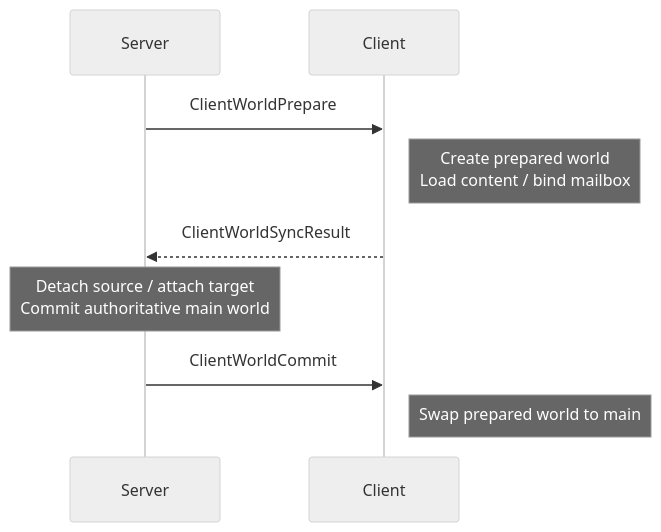
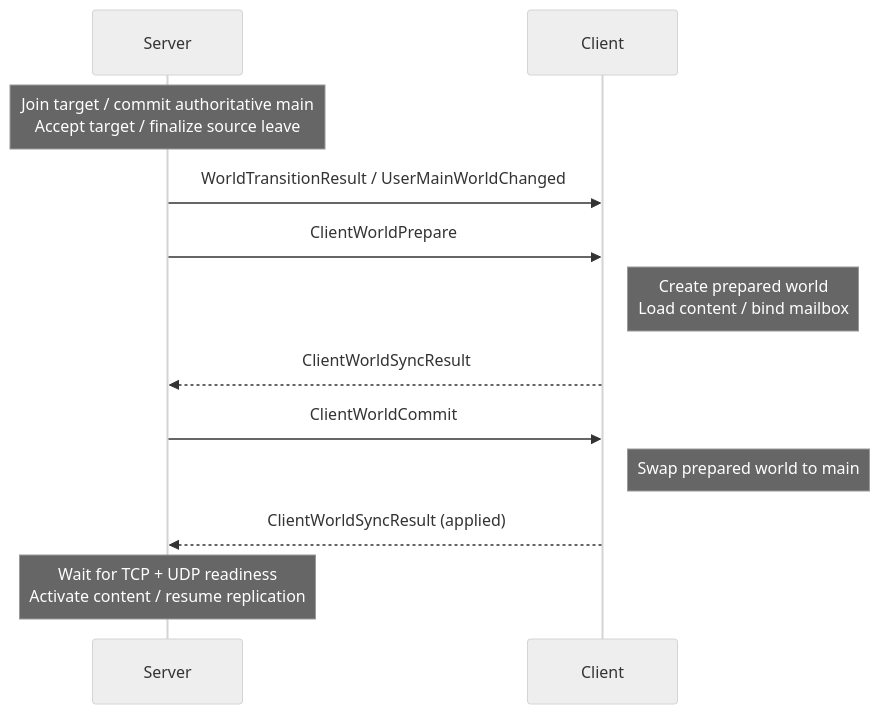
The third of 4 diagrams in content/Projects/Jam/Game World/01. World Entry and Transition.md (akxotjr/akxotjr.github.io), drawn with Mermaid (neutral theme) before and after one commit. The commit also changed other lines of this file and 34 other files, not shown here.

````diff
--- a/content/Projects/Jam/Game World/01. World Entry and Transition.md
+++ b/content/Projects/Jam/Game World/01. World Entry and Transition.md
@@ -63,12 +64,15 @@
 ```mermaid
 sequenceDiagram
     participant S as Server
     participant C as Client
 
+    Note over S: Join target / commit authoritative main<br/>Accept target / finalize source leave
+    S->>C: WorldTransitionResult / UserMainWorldChanged
     S->>C: ClientWorldPrepare
     Note right of C: Create prepared world<br/>Load content / bind mailbox
     C-->>S: ClientWorldSyncResult
-    Note over S: Detach source / attach target<br/>Commit authoritative main world
     S->>C: ClientWorldCommit
     Note right of C: Swap prepared world to main
+    C-->>S: ClientWorldSyncResult (applied)
+    Note over S: Wait for TCP + UDP readiness<br/>Activate content / resume replication
 ```
````
